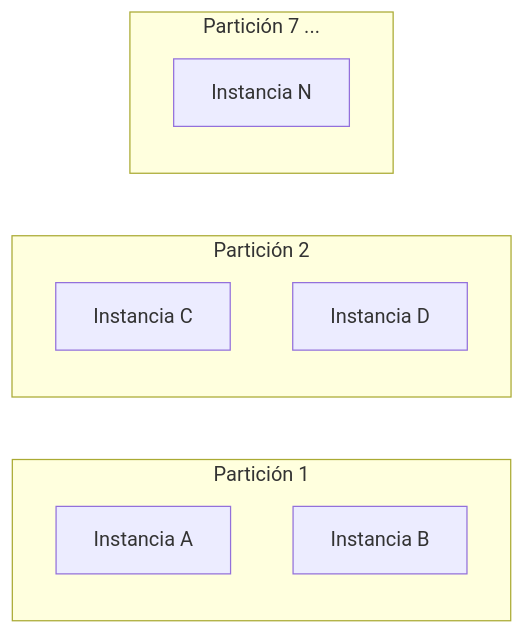
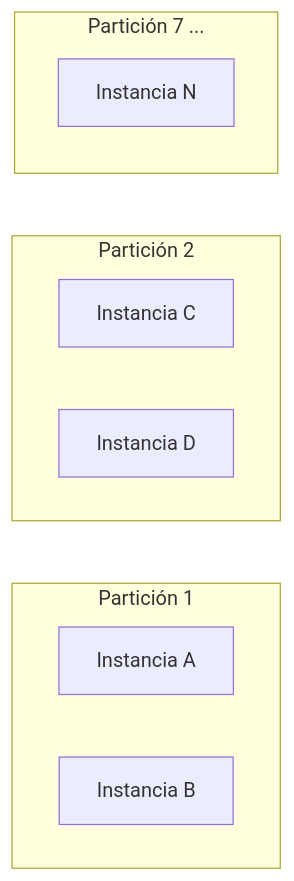
The sixth of 8 diagrams in 7. EC2 Avanzado.md (Rosten1805/aws-notes), drawn with Mermaid before and after one commit. The commit also changed other lines of this file, not shown here.

Commit message:
Corrige orientación de subgrafos Mermaid en Placement Groups
Los subgrafos de Mermaid usan dirección TB por defecto aunque el
flowchart exterior sea LR, lo que hacía que el diagrama de Cluster y
Partition se renderizaran verticales y ocuparan una página entera
(y mucha tinta al imprimir). Se añade 'direction LR' explícito dentro
de los subgrafos afectados.

````diff
--- a/7. EC2 Avanzado.md
+++ b/7. EC2 Avanzado.md
@@ -607,14 +608,16 @@
 ```mermaid
 flowchart LR
     subgraph P1["Partición 1"]
+        direction LR
         i1[Instancia A]
         i2[Instancia B]
     end
     subgraph P2["Partición 2"]
+        direction LR
         i3[Instancia C]
         i4[Instancia D]
     end
     subgraph P3["Partición 7 ..."]
         i5[Instancia N]
     end
 ```
````
